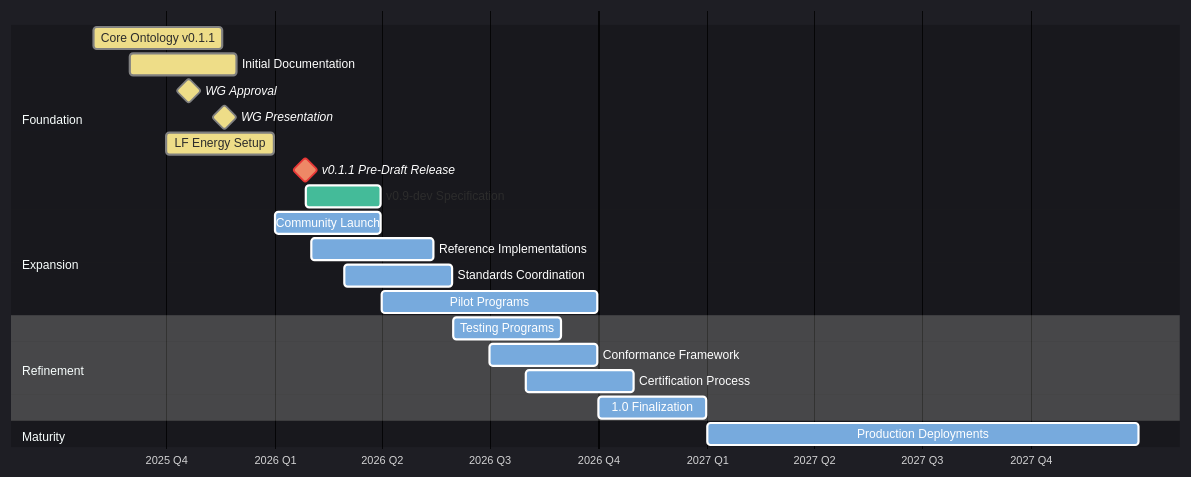
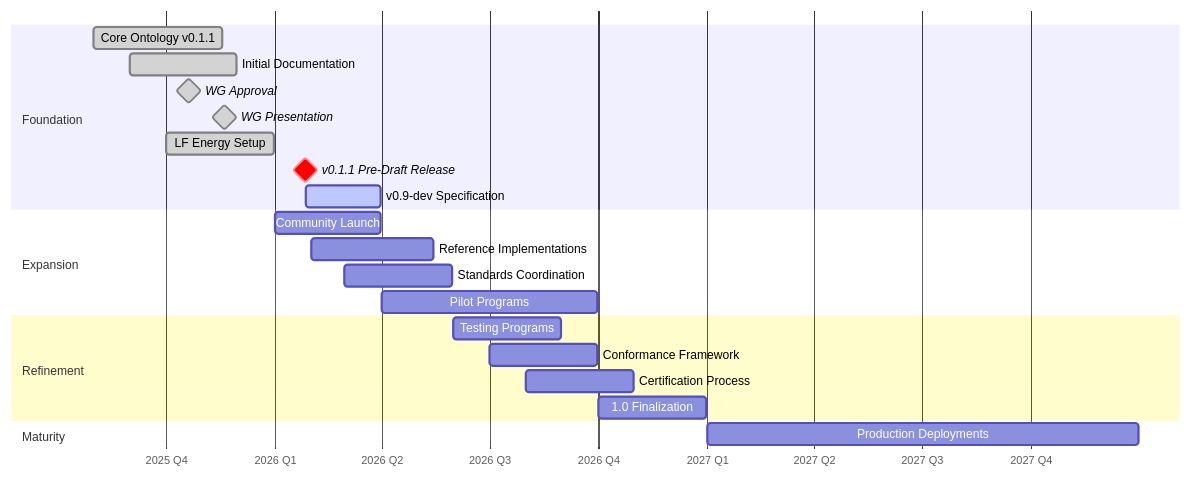
One commit to urpx-org/urpx changed the diagram in documentation/diagrams/urpx-gantt.mmd. Above: the diagram before and after it, drawn with Mermaid. The commit also changed 65 other files, not shown here.

```diff
--- a/documentation/diagrams/urpx-gantt.mmd
+++ b/documentation/diagrams/urpx-gantt.mmd
@@ -1,37 +1,35 @@
 %% SPDX-FileCopyrightText: Flux Tailor LLC
 %% SPDX-License-Identifier: W3C-20150513
 
 %% URPX Development Gantt Chart
 %% Updated: January 26, 2026
 %% Paul Tol 2.7 Light color scheme
-
-%%{init: {'theme':'dark', 'themeVariables': { 'darkMode':'true', 'background':'#000000', 'mainBkg':'#000000', 'primaryColor':'#77AADD', 'primaryTextColor':'#ffffff', 'secondaryColor':'#44BB99', 'tertiaryColor':'#EEDD88', 'lineColor':'#ffffff', 'textColor':'#ffffff', 'gridColor':'#444444', 'taskTextColor':'#ffffff', 'taskTextOutsideColor':'#ffffff', 'taskTextLightColor':'#ffffff', 'sectionBkgColor':'#000000', 'altSectionBkgColor':'#000000', 'taskBorderColor':'#ffffff', 'taskBkgColor':'#77AADD', 'activeTaskBkgColor':'#44BB99', 'doneTaskBkgColor':'#EEDD88', 'critBkgColor':'#EE8866', 'todayLineColor':'#99DDFF'}}}%%
 
 gantt
     dateFormat YYYY-MM-DD
     todayMarker stroke-width:3px,stroke:#99DDFF,opacity:0.6
     axisFormat %Y Q%q
     
     section Foundation
         Core Ontology v0.1.1          :done,    onto,  2025-08-01, 2025-11-18
         Initial Documentation         :done,    docs,  2025-09-01, 2025-11-30
         WG Approval                   :done, milestone, wgappr, 2025-10-20, 1d
         WG Presentation               :done, milestone, wgpres, 2025-11-19, 1d
         LF Energy Setup               :done,  lfes,  2025-10-01, 2025-12-31
         v0.1.1 Pre-Draft Release      :crit, milestone, predraft, 2026-01-26, 1d
         v0.9-dev Specification        :active,  spec,  2026-01-27, 2026-03-31
         
     section Expansion
         Community Launch              :         comm,  2026-01-01, 2026-03-31
         Reference Implementations     :         ref,   2026-02-01, 2026-05-15
         Standards Coordination        :         std,   2026-03-01, 2026-05-31
         Pilot Programs                :         pilot, 2026-04-01, 2026-09-30
         
     section Refinement
         Testing Programs              :         test,  2026-06-01, 2026-08-31
         Conformance Framework         :         conf,  2026-07-01, 2026-09-30
         Certification Process         :         cert,  2026-08-01, 2026-10-31
         1.0 Finalization              :         final, 2026-10-01, 2026-12-31
         
     section Maturity
         Production Deployments        :         prod,  2027-01-01, 2027-12-31
```
